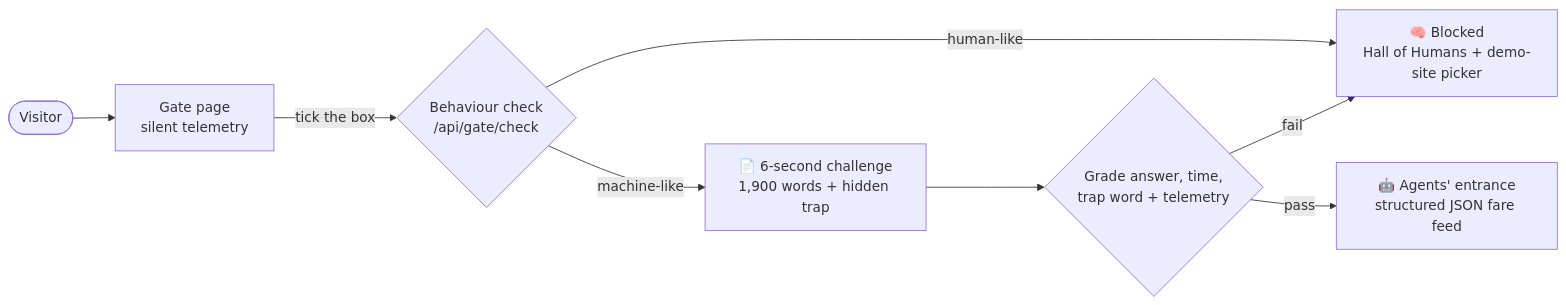
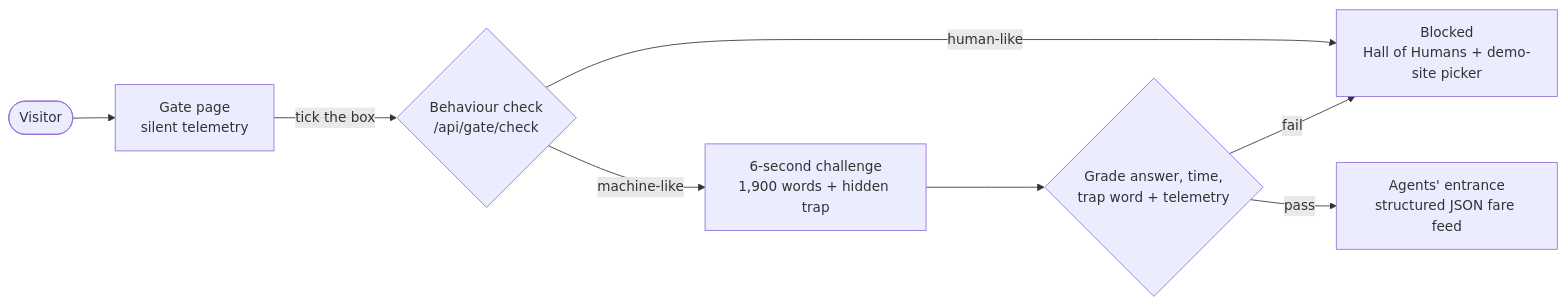
Before and after one commit to samad-a/reverse-captcha: the diagram in README.md, drawn with Mermaid. The commit also changed other lines of this file and 1 other file, not shown here.

Commit message:
README: drop emoji, tidy tables and code blocks; keep demo notes company-neutral

````diff
--- a/README.md
+++ b/README.md
@@ -67,10 +67,10 @@
 ```mermaid
 flowchart LR
     V([Visitor]) --> G["Gate page<br/>silent telemetry"]
     G -->|tick the box| C{"Behaviour check<br/>/api/gate/check"}
-    C -->|human-like| H["🧠 Blocked<br/>Hall of Humans + demo-site picker"]
-    C -->|machine-like| Q["📄 6-second challenge<br/>1,900 words + hidden trap"]
+    C -->|human-like| H["Blocked<br/>Hall of Humans + demo-site picker"]
+    C -->|machine-like| Q["6-second challenge<br/>1,900 words + hidden trap"]
     Q --> S{"Grade answer, time,<br/>trap word + telemetry"}
     S -->|fail| H
-    S -->|pass| A["🤖 Agents' entrance<br/>structured JSON fare feed"]
+    S -->|pass| A["Agents' entrance<br/>structured JSON fare feed"]
 ```
````
